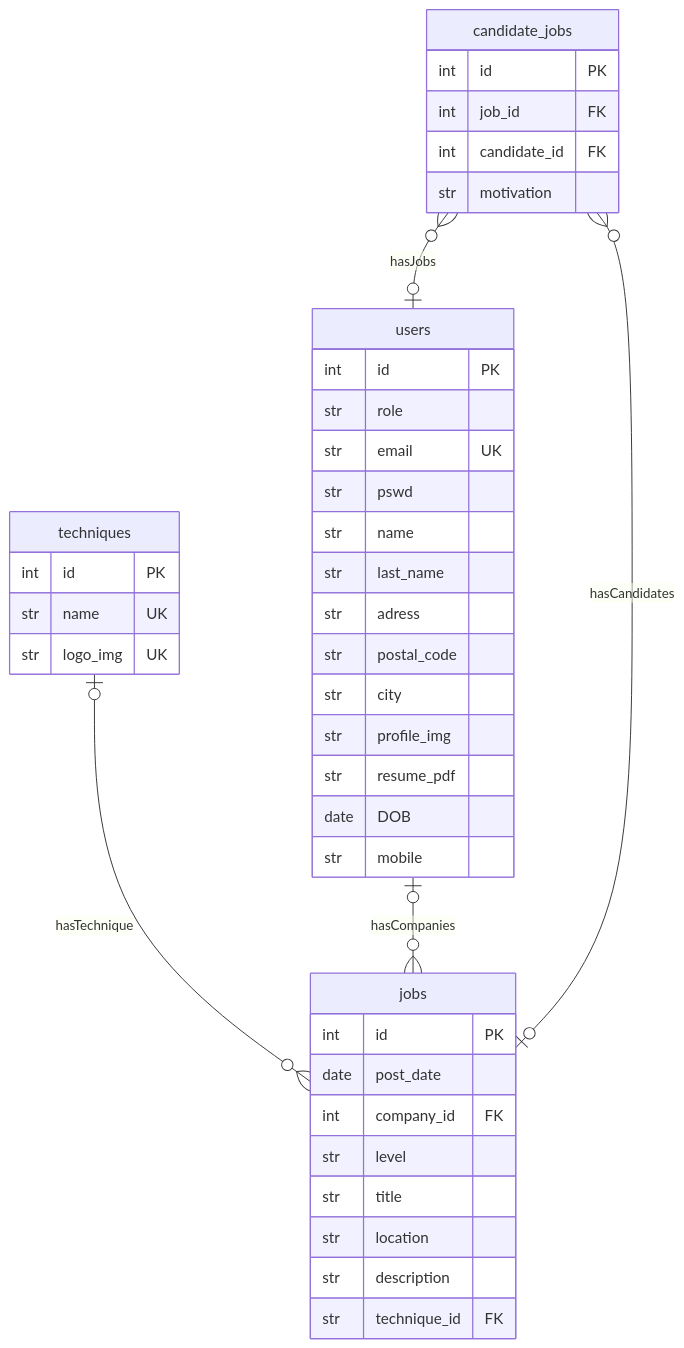
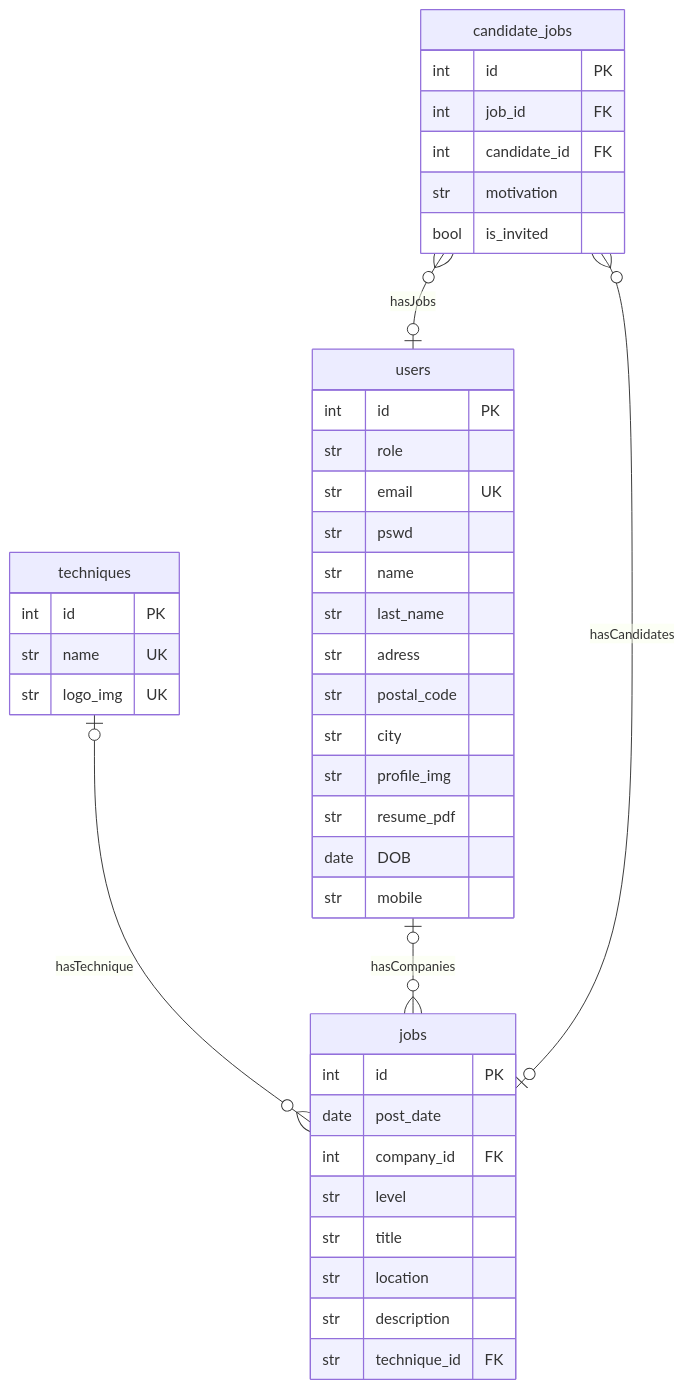
The diagram in static/img/erd.md (uknowwho/educom-vacIT), drawn with Mermaid before and after one commit.

Commit message:
erd geupdatet

````diff
--- a/static/img/erd.md
+++ b/static/img/erd.md
@@ -1,51 +1,52 @@
 ```mermaid
 erDiagram
     jobs {
         int id PK
         date post_date
         int company_id FK
         str level
         str title
         str location
         str description
         str technique_id FK
     }
 
     techniques o|--o{ jobs: hasTechnique
     techniques {
         int id PK
         str name UK
         str logo_img UK
     }
 
     users o|--}o jobs: hasCompanies
     users {
         int id PK
         str role
         str email UK
         str pswd
         str name
         str last_name
         str adress
         str postal_code
         str city
         str profile_img
         str resume_pdf
         date DOB
         str mobile
     }
     %% candidates and companies are both in the users table
     %% the name is the name of the company or the first name of the candidate
     %% the profile_img is the logo of the company or the cover img of the candidate
     %% last_name, resume_pdf, DOB and mobile are NULL when the user is a company
     %% only role, email, pswd, name and profile_img are filled in for the admin user, all else NULL
 
     candidate_jobs o{--|o jobs: hasCandidates
     candidate_jobs o{--|o users: hasJobs
     candidate_jobs {
         int id PK
         int job_id FK
         int candidate_id FK 
         str motivation
+        bool is_invited
     }
 ```
````
